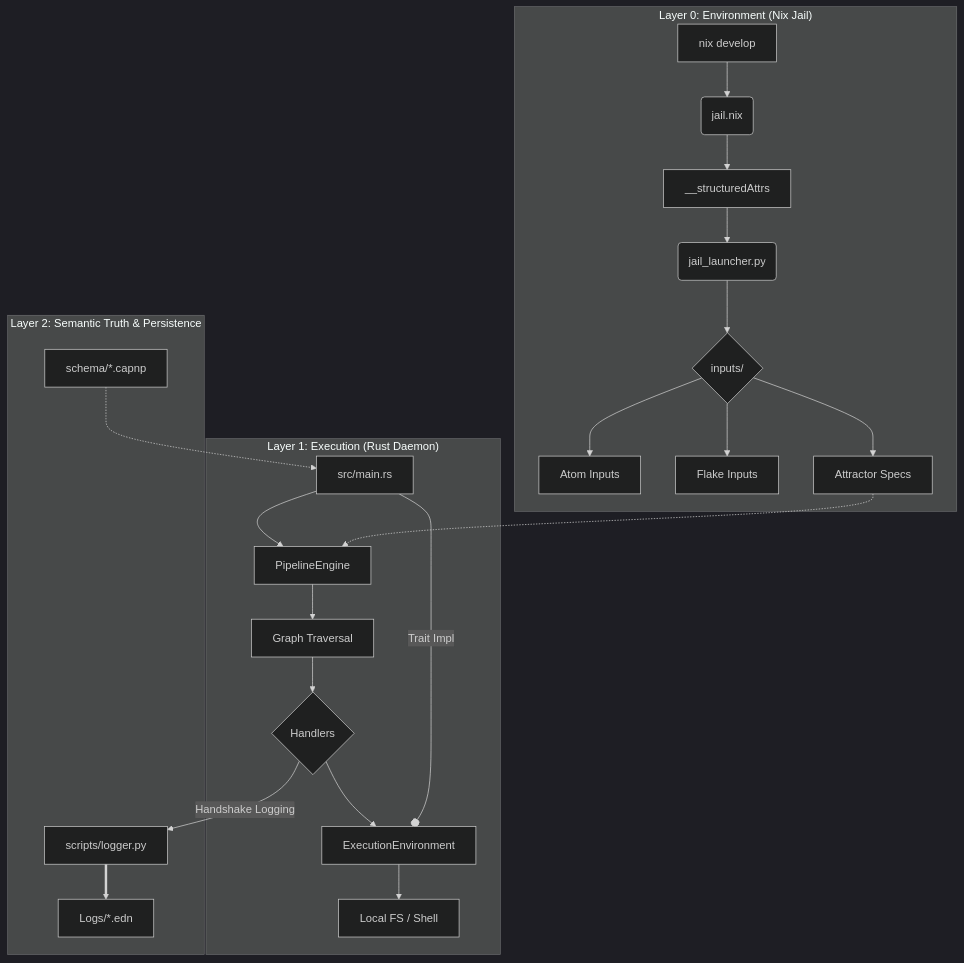
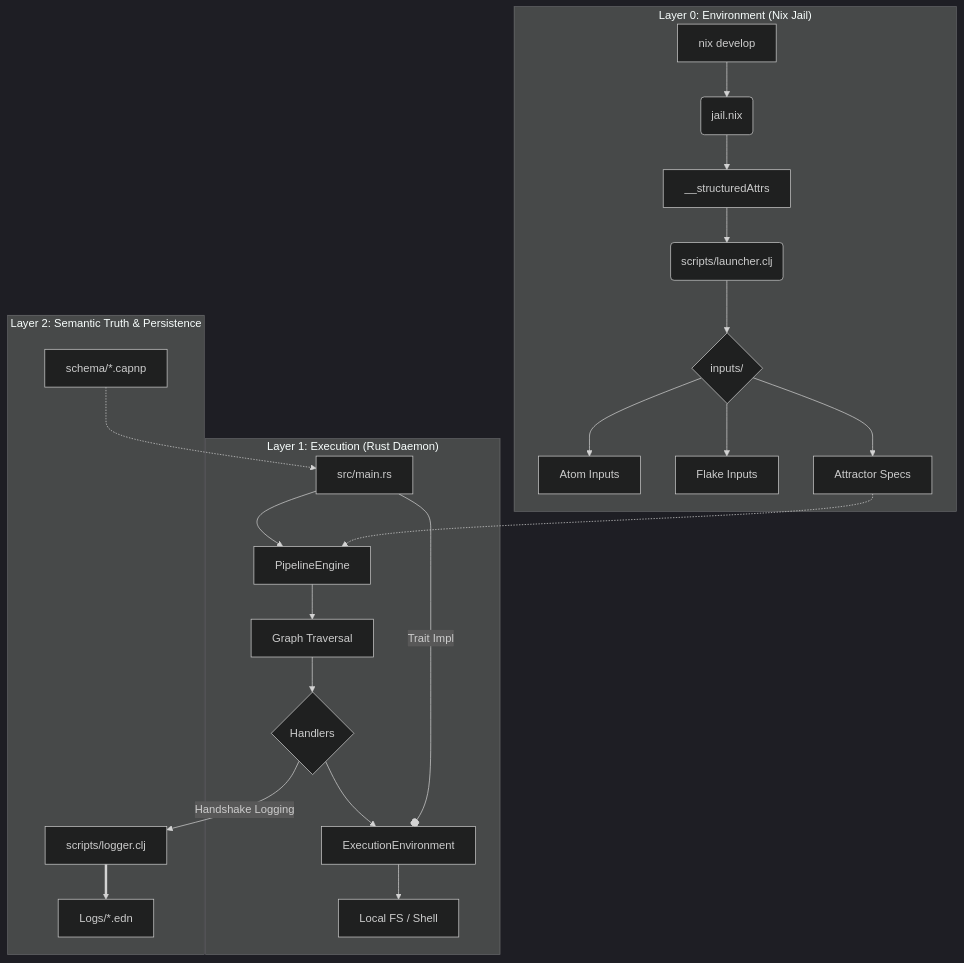
One commit to LiGoldragon/Mentci-AI changed the diagram in ARCHITECTURE.md. Above: the diagram before and after it, drawn with Mermaid (dark theme). The commit also changed other lines of this file and 18 other files, not shown here.

````diff
--- a/ARCHITECTURE.md
+++ b/ARCHITECTURE.md
@@ -5,29 +5,29 @@
 ```mermaid
 graph TD
     subgraph "Layer 0: Environment (Nix Jail)"
         A[nix develop] --> B(jail.nix)
         B --> C[__structuredAttrs]
-        C --> D(jail_launcher.py)
+        C --> D(scripts/launcher.clj)
         D --> E{inputs/}
         E --> E1[Atom Inputs]
         E --> E2[Flake Inputs]
         E --> E3[Attractor Specs]
     end
 
     subgraph "Layer 1: Execution (Rust Daemon)"
         F[src/main.rs] --> G[PipelineEngine]
         G --> H[Graph Traversal]
         H --> I{Handlers}
         I --> J[ExecutionEnvironment]
         J --> K[Local FS / Shell]
     end
 
     subgraph "Layer 2: Semantic Truth & Persistence"
         L[schema/*.capnp] -.-> F
-        M[scripts/logger.py] ==> N[Logs/*.edn]
+        M[scripts/logger.clj] ==> N[Logs/*.edn]
         I -- Handshake Logging --> M
     end
 
     E3 -.-> G
     F -- Trait Impl --o J
 ```
````
